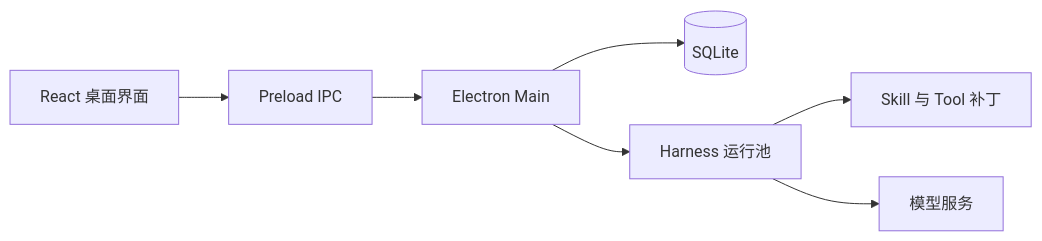
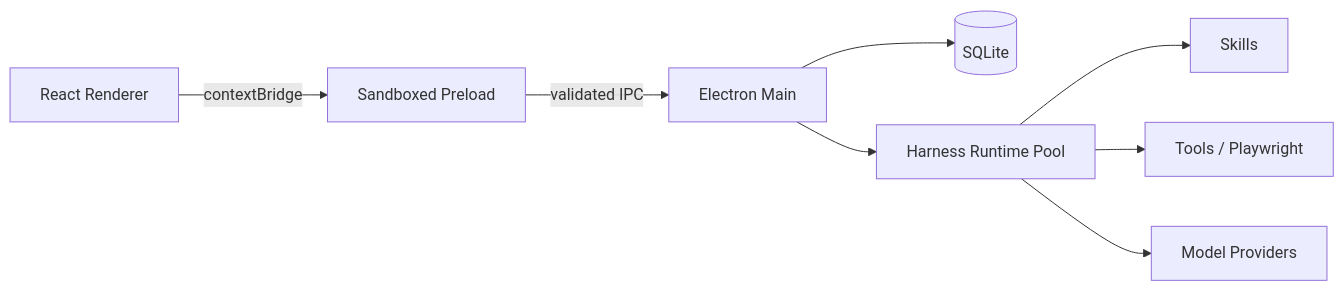
The diagram in README.md (Even-wang666/MindMesh), drawn with Mermaid before and after one commit. The commit also changed other lines of this file and 7 other files, not shown here.

````diff
--- a/README.md
+++ b/README.md
@@ -66,9 +67,10 @@
 ```mermaid
 flowchart LR
-  UI[React 桌面界面] --> IPC[Preload IPC]
-  IPC --> Main[Electron Main]
+  UI[React Renderer] -->|contextBridge| Preload[Sandboxed Preload]
+  Preload -->|validated IPC| Main[Electron Main]
   Main --> DB[(SQLite)]
-  Main --> Pool[Harness 运行池]
-  Pool --> Skills[Skill 与 Tool 补丁]
-  Pool --> Models[模型服务]
+  Main --> Pool[Harness Runtime Pool]
+  Pool --> Skills[Skills]
+  Pool --> Tools[Tools / Playwright]
+  Pool --> Models[Model Providers]
 ```
````
